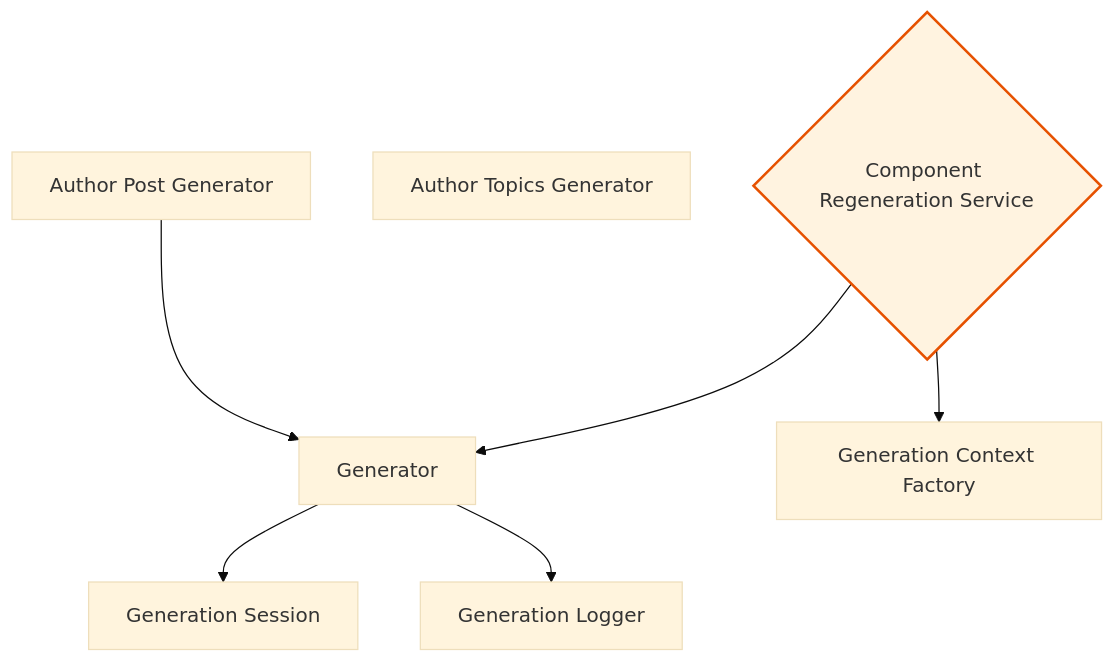
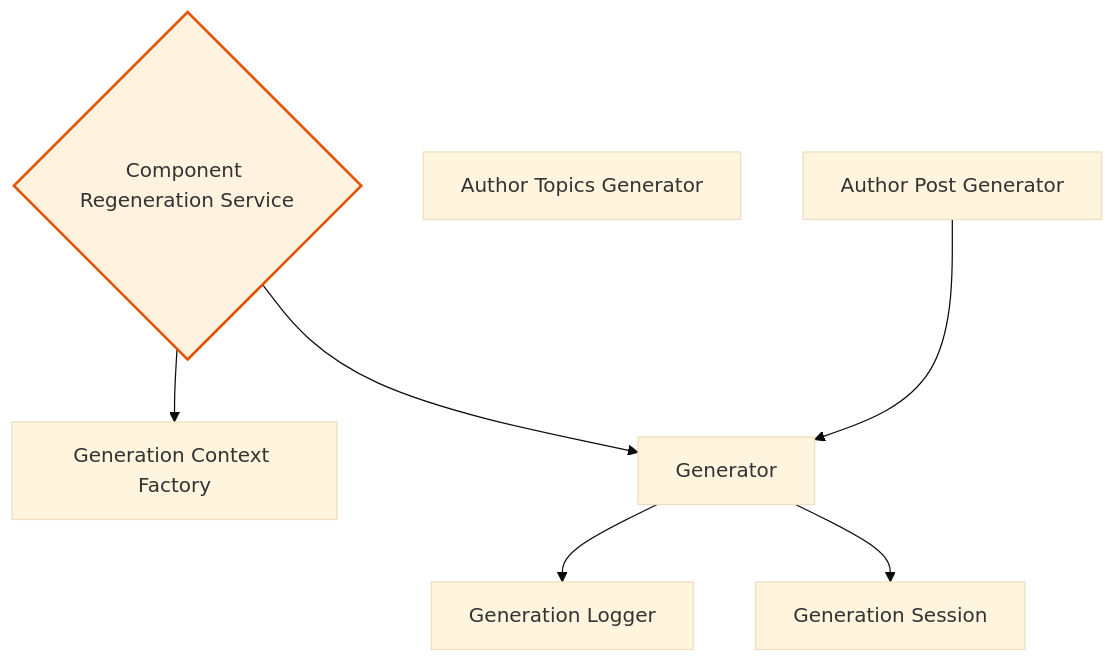
One commit to rpnunez/wp-ai-scheduler changed the second of 10 diagrams in docs/feature-report.md. Above: the diagram before and after it, drawn with Mermaid (base theme). The commit also changed other lines of this file, not shown here.

````diff
--- a/docs/feature-report.md
+++ b/docs/feature-report.md
@@ -102,23 +102,23 @@
 ```mermaid
 flowchart TD
     %% Core Generation Architecture
 
     Author_Post_Generator["Author Post Generator"]
     Author_Topics_Generator["Author Topics Generator"]
     Component_Regeneration_Service{"Component Regeneration Service"}
     Generation_Context_Factory["Generation Context Factory"]
     Generation_Logger["Generation Logger"]
     Generation_Session["Generation Session"]
     Generator["Generator"]
 
     Author_Post_Generator --> Generator
+    Component_Regeneration_Service --> Generation_Context_Factory
     Component_Regeneration_Service --> Generator
-    Component_Regeneration_Service --> Generation_Context_Factory
+    Generator --> Generation_Logger
     Generator --> Generation_Session
-    Generator --> Generation_Logger
 
     classDef repository fill:#e1f5ff,stroke:#01579b,stroke-width:2px
     classDef service fill:#fff3e0,stroke:#e65100,stroke-width:2px
     classDef controller fill:#f3e5f5,stroke:#4a148c,stroke-width:2px
     class Component_Regeneration_Service service
 ```
````
